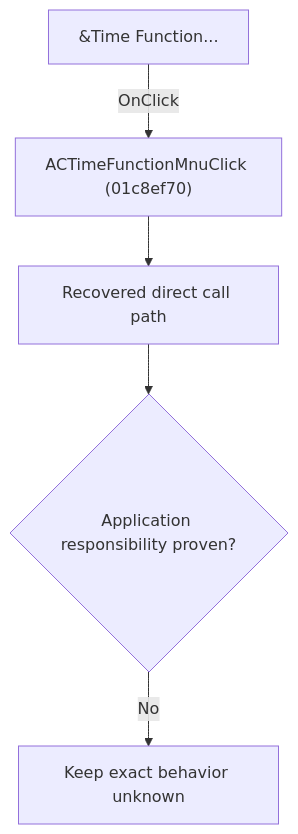
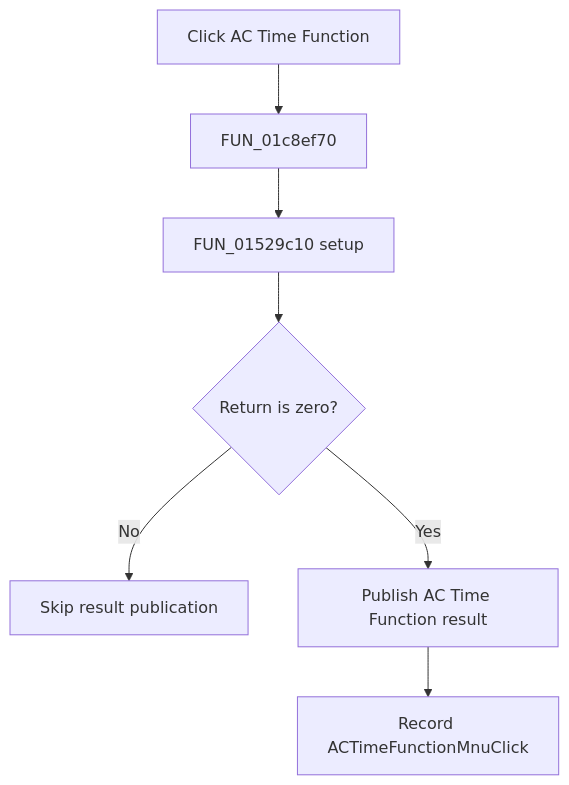
One commit to MovGP0/TIARA changed the diagram in docs/ui-controls/schematiceditor/actimefunctionmnu-fb0e582b6e.md. Above: the diagram before and after it, drawn with Mermaid. The commit also changed other lines of this file and 241 other files, not shown here.

````diff
--- a/docs/ui-controls/schematiceditor/actimefunctionmnu-fb0e582b6e.md
+++ b/docs/ui-controls/schematiceditor/actimefunctionmnu-fb0e582b6e.md
@@ -27,7 +27,9 @@
 ```mermaid
 flowchart TD
-    control["&Time Function..."] -->|"OnClick"| handler["ACTimeFunctionMnuClick (01c8ef70)"]
-    handler --> recovered["Recovered direct call path"]
-    recovered --> gap{"Application responsibility proven?"}
-    gap -->|"No"| blocked["Keep exact behavior unknown"]
+    control["Click AC Time Function"] --> handler["FUN_01c8ef70"]
+    handler --> setup["FUN_01529c10 setup"]
+    setup --> zero{"Return is zero?"}
+    zero -->|"No"| stop["Skip result publication"]
+    zero -->|"Yes"| publish["Publish AC Time Function result"]
+    publish --> record["Record ACTimeFunctionMnuClick"]
 ```
````
